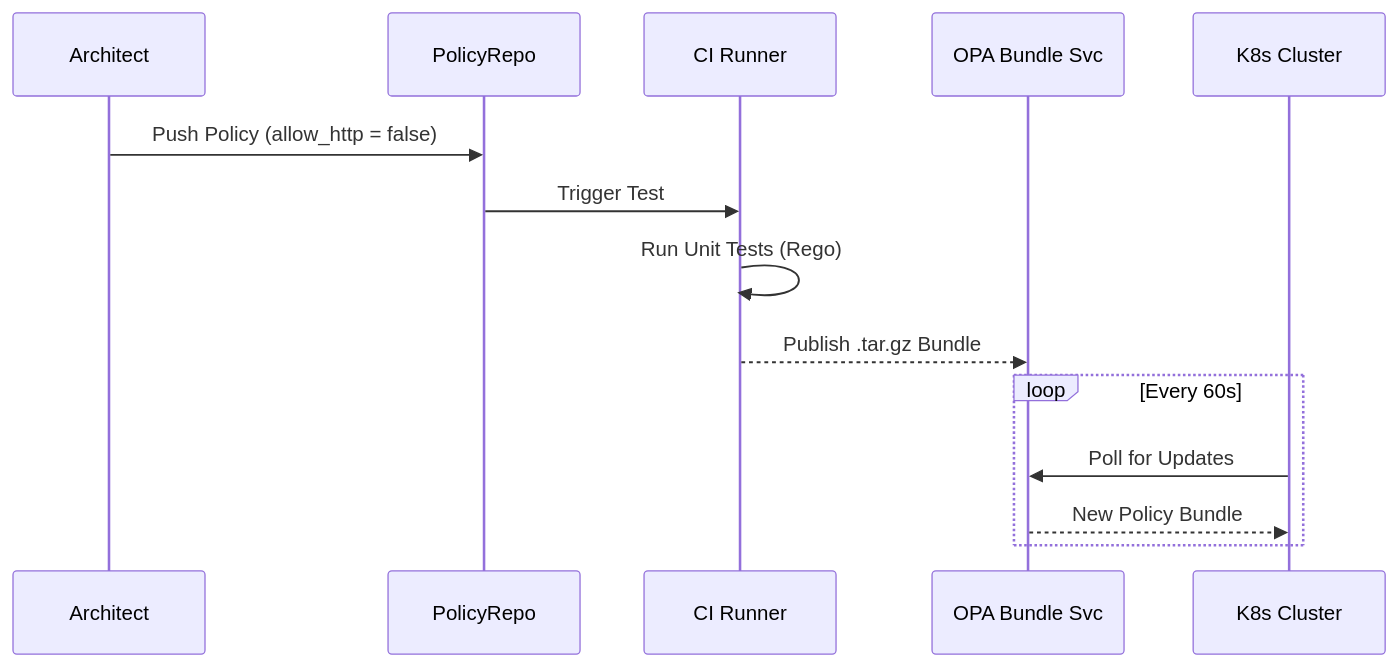
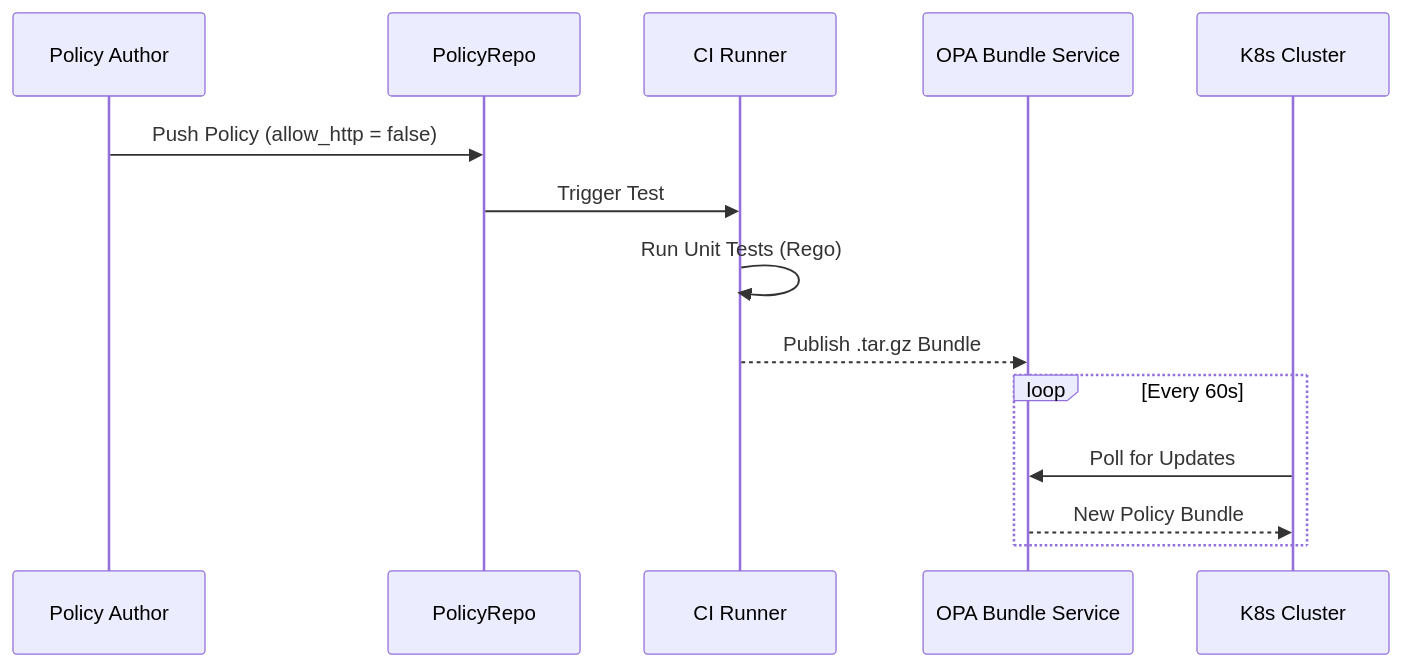
The first of 5 diagrams in src/app/[locale]/research/papers/a4-platform-governance-multicloud-hybrid/A4-PAPER-FULL.md (gchaitanyabharath9/omnigcloud), drawn with Mermaid before and after one commit. The commit also changed other lines of this file, not shown here.

````diff
--- a/src/app/[locale]/research/papers/a4-platform-governance-multicloud-hybrid/A4-PAPER-FULL.md
+++ b/src/app/[locale]/research/papers/a4-platform-governance-multicloud-hybrid/A4-PAPER-FULL.md
@@ -20,18 +101,18 @@
 ```mermaid
 sequenceDiagram
-    participant Dev as Architect
+    participant Dev as Policy Author
     participant Git as PolicyRepo
     participant CI as CI Runner
-    participant OPA as OPA Bundle Svc
+    participant OPA as OPA Bundle Service
     participant Cluster as K8s Cluster
     
     Dev->>Git: Push Policy (allow_http = false)
     Git->>CI: Trigger Test
     CI->>CI: Run Unit Tests (Rego)
     CI-->>OPA: Publish .tar.gz Bundle
     
     loop Every 60s
         Cluster->>OPA: Poll for Updates
         OPA-->>Cluster: New Policy Bundle
     end
 ```
````
